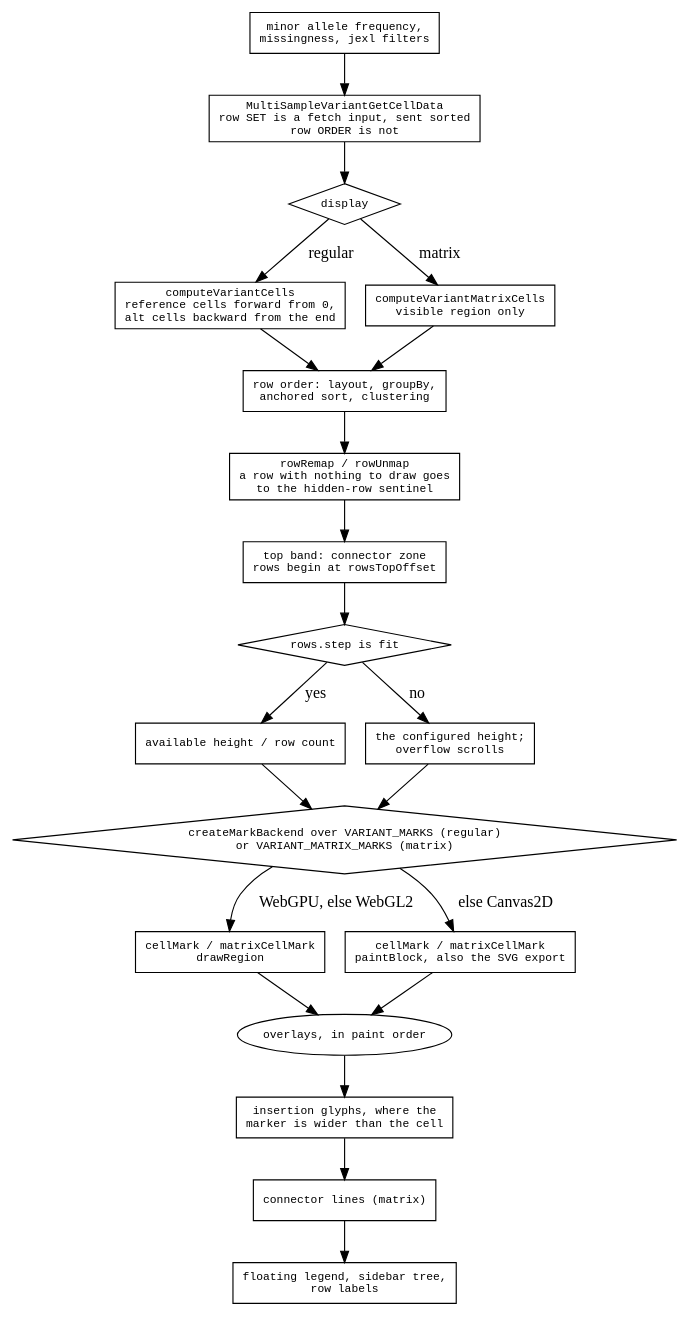
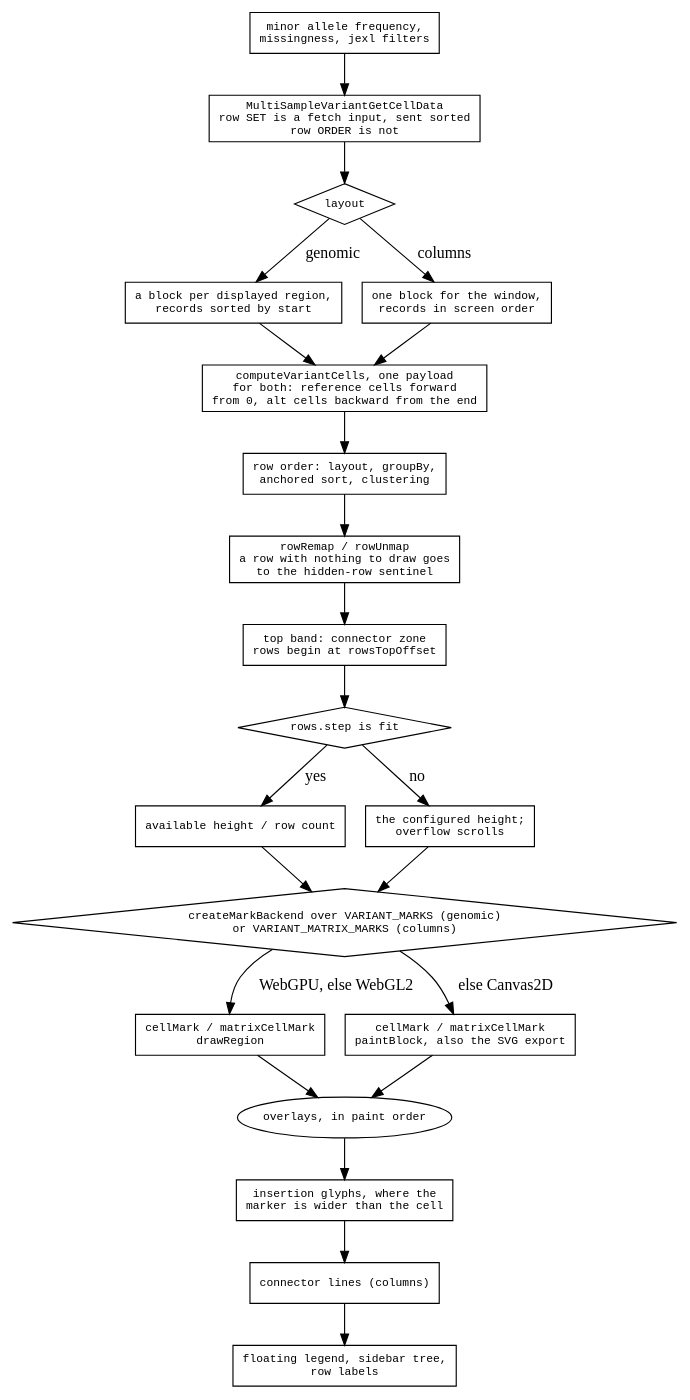
Before and after one commit to GMOD/jbrowse-components: the diagram in agent-docs/reference/diagrams/variants-draw.dot, drawn with Graphviz. The commit also changed 13 other files, not shown here.

```diff
--- a/agent-docs/reference/diagrams/variants-draw.dot
+++ b/agent-docs/reference/diagrams/variants-draw.dot
@@ -1,43 +1,45 @@
 digraph variant_draw {
   rankdir=TB
   node [shape=box fontname=monospace fontsize=10]
-  { node [shape=diamond] mode; fit; backend }
+  { node [shape=diamond] layout; fit; backend }
 
   filters [label="minor allele frequency,\nmissingness, jexl filters"]
   rpc     [label="MultiSampleVariantGetCellData\nrow SET is a fetch input, sent sorted\nrow ORDER is not"]
-  filters -> rpc -> mode
+  filters -> rpc -> layout
 
-  mode [label="display"]
-  mode -> cells  [label=" regular"]
-  mode -> mcells [label=" matrix"]
-  cells  [label="computeVariantCells\nreference cells forward from 0,\nalt cells backward from the end"]
-  mcells [label="computeVariantMatrixCells\nvisible region only"]
+  layout [label="layout"]
+  layout -> genomic [label=" genomic"]
+  layout -> columns [label=" columns"]
+  genomic [label="a block per displayed region,\nrecords sorted by start"]
+  columns [label="one block for the window,\nrecords in screen order"]
+  cells [label="computeVariantCells, one payload\nfor both: reference cells forward\nfrom 0, alt cells backward from the end"]
+  genomic -> cells  columns -> cells
 
   order [label="row order: layout, groupBy,\nanchored sort, clustering"]
-  cells -> order  mcells -> order
+  cells -> order
 
   remap [label="rowRemap / rowUnmap\na row with nothing to draw goes\nto the hidden-row sentinel"]
   order -> remap -> bands
 
   bands [label="top band: connector zone\nrows begin at rowsTopOffset"]
   bands -> fit
   fit [label="rows.step is fit"]
   fit -> fitauto [label=" yes"]
   fit -> fitconf [label=" no"]
   fitauto [label="available height / row count"]
   fitconf [label="the configured height;\noverflow scrolls"]
   fitauto -> backend  fitconf -> backend
 
-  backend [label="createMarkBackend over VARIANT_MARKS (regular)\nor VARIANT_MATRIX_MARKS (matrix)"]
+  backend [label="createMarkBackend over VARIANT_MARKS (genomic)\nor VARIANT_MATRIX_MARKS (columns)"]
   backend -> gpu [label=" WebGPU, else WebGL2"]
   backend -> c2d [label=" else Canvas2D"]
   gpu [label="cellMark / matrixCellMark\ndrawRegion"]
   c2d [label="cellMark / matrixCellMark\npaintBlock, also the SVG export"]
 
   overlays [label="overlays, in paint order", shape=oval]
   gpu -> overlays  c2d -> overlays
   overlays -> glyphs -> conn -> legend
   glyphs [label="insertion glyphs, where the\nmarker is wider than the cell"]
-  conn   [label="connector lines (matrix)"]
+  conn   [label="connector lines (columns)"]
   legend [label="floating legend, sidebar tree,\nrow labels"]
 }
```
